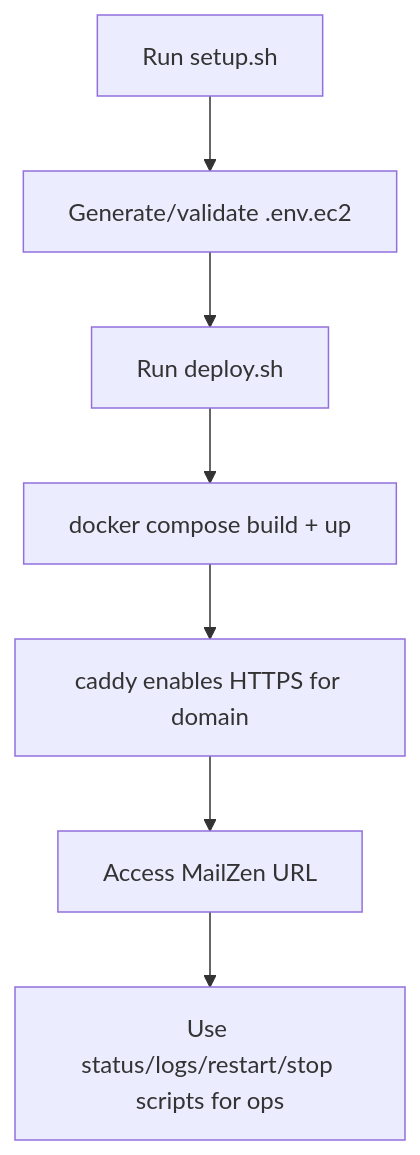
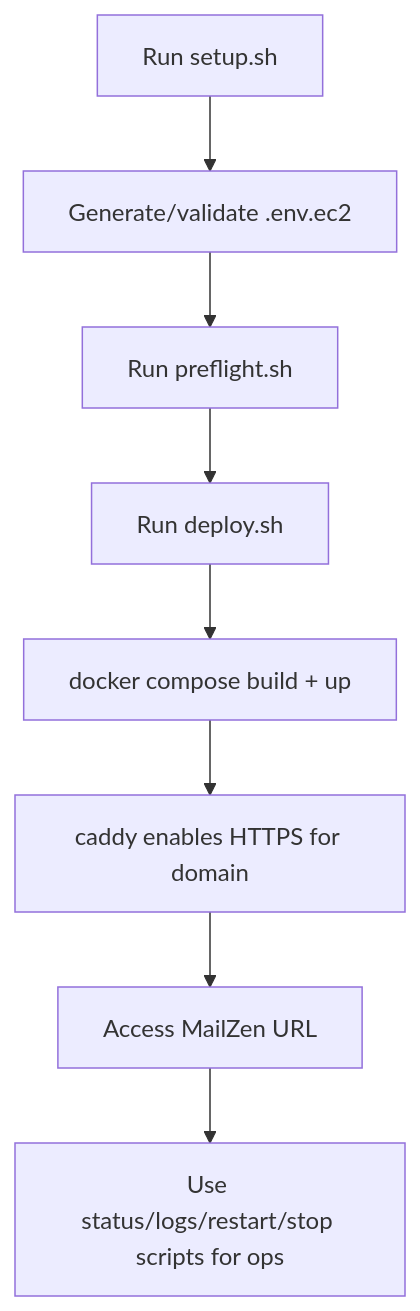
The diagram in deploy/ec2/README.md (AmanVatsSharma/MailZen-Smart-Email-Management), drawn with Mermaid before and after one commit. The commit also changed other lines of this file and 6 other files, not shown here.

````diff
--- a/deploy/ec2/README.md
+++ b/deploy/ec2/README.md
@@ -31,9 +32,10 @@
 ```mermaid
 flowchart TD
   A[Run setup.sh] --> B[Generate/validate .env.ec2]
-  B --> C[Run deploy.sh]
-  C --> D[docker compose build + up]
-  D --> E[caddy enables HTTPS for domain]
-  E --> F[Access MailZen URL]
-  F --> G[Use status/logs/restart/stop scripts for ops]
+  B --> C[Run preflight.sh]
+  C --> D[Run deploy.sh]
+  D --> E[docker compose build + up]
+  E --> F[caddy enables HTTPS for domain]
+  F --> G[Access MailZen URL]
+  G --> H[Use status/logs/restart/stop scripts for ops]
 ```
````
